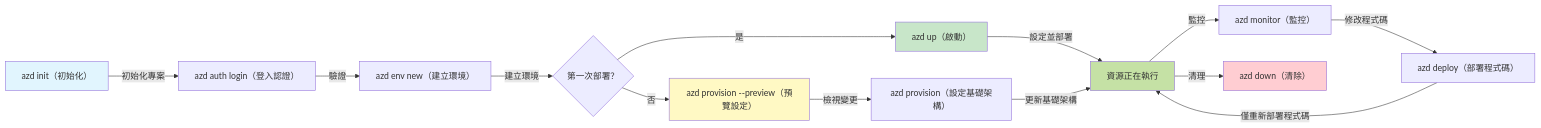
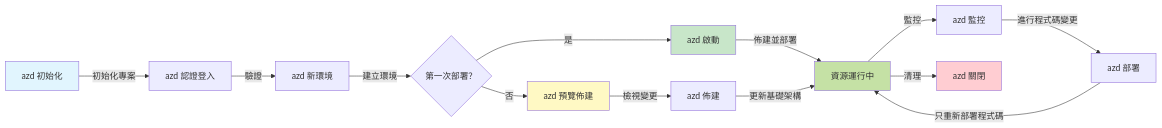
Before and after one commit to microsoft/AZD-for-beginners: the first of 2 diagrams in translations/zh-TW/docs/chapter-01-foundation/azd-basics.md, drawn with Mermaid. The commit also changed other lines of this file and 101 other files, not shown here.

````diff
--- a/translations/zh-TW/docs/chapter-01-foundation/azd-basics.md
+++ b/translations/zh-TW/docs/chapter-01-foundation/azd-basics.md
@@ -269,21 +269,21 @@
 ```mermaid
 graph LR
-    A[azd init（初始化）] -->|初始化專案| B[azd auth login（登入認證）]
-    B -->|驗證| C[azd env new（建立環境）]
+    A[azd 初始化] -->|初始化專案| B[azd 認證登入]
+    B -->|驗證| C[azd 新環境]
     C -->|建立環境| D{第一次部署？}
-    D -->|是| E[azd up（啟動）]
-    D -->|否| F[azd provision --preview（預覽設定）]
-    F -->|檢視變更| G[azd provision（設定基礎架構）]
-    E -->|設定並部署| H[資源正在執行]
+    D -->|是| E[azd 啟動]
+    D -->|否| F[azd 預覽佈建]
+    F -->|檢視變更| G[azd 佈建]
+    E -->|佈建並部署| H[資源運行中]
     G -->|更新基礎架構| H
-    H -->|監控| I[azd monitor（監控）]
-    I -->|修改程式碼| J[azd deploy（部署程式碼）]
-    J -->|僅重新部署程式碼| H
-    H -->|清理| K[azd down（清除）]
+    H -->|監控| I[azd 監控]
+    I -->|進行程式碼變更| J[azd 部署]
+    J -->|只重新部署程式碼| H
+    H -->|清理| K[azd 關閉]
     
     style A fill:#e1f5fe
     style E fill:#c8e6c9
     style F fill:#fff9c4
     style H fill:#c5e1a5
     style K fill:#ffcdd2
 ```
````
